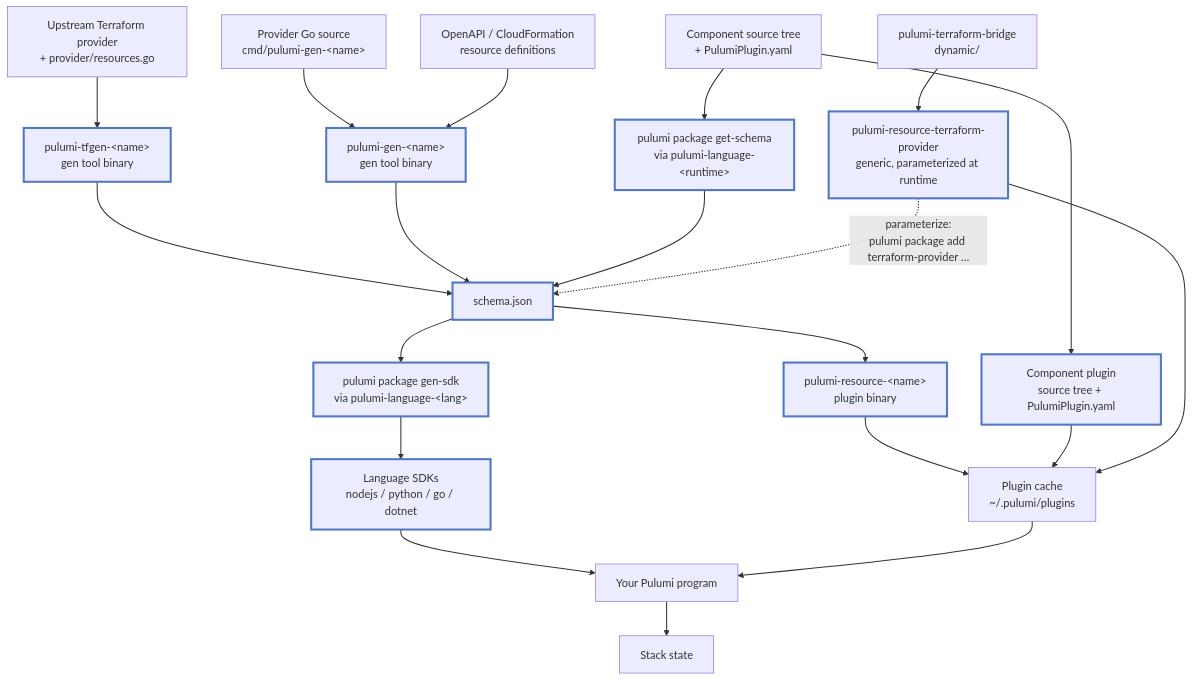
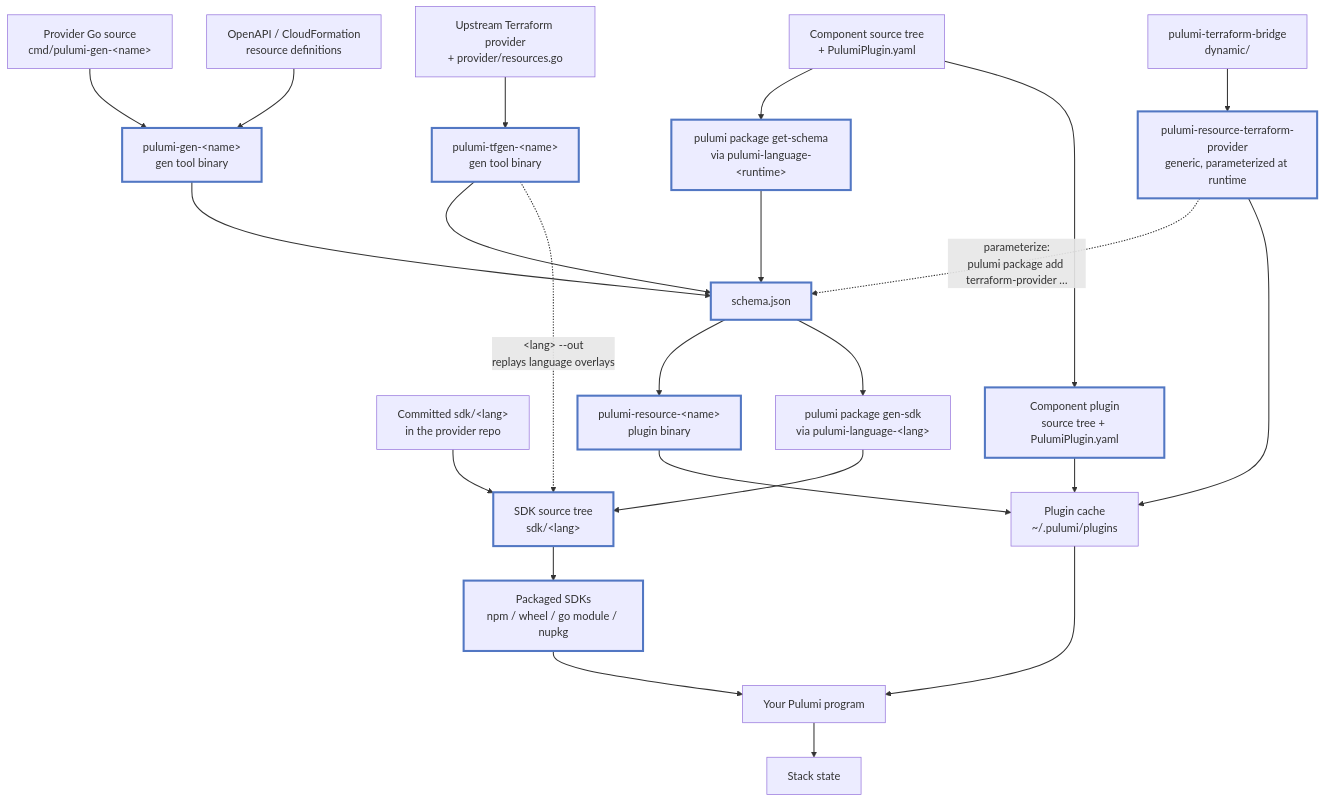
Before and after one commit to UnstoppableMango/pulumi2nix: the first of 2 diagrams in docs/architecture.md, drawn with Mermaid. The commit also changed other lines of this file and 33 other files, not shown here.

First line of the commit message:
feat: refactoring the API surface to better align with pulumi architecture (#87)

````diff
--- a/docs/architecture.md
+++ b/docs/architecture.md
@@ -8,49 +8,54 @@
 ```mermaid
 flowchart TD
   tfsrc["Upstream Terraform provider<br/>+ provider/resources.go"]
   gosrc["Provider Go source<br/>cmd/pulumi-gen-&lt;name&gt;"]
   apisrc["OpenAPI / CloudFormation<br/>resource definitions"]
   compsrc["Component source tree<br/>+ PulumiPlugin.yaml"]
   dynsrc["pulumi-terraform-bridge<br/>dynamic/"]
+  committed["Committed sdk/&lt;lang&gt;<br/>in the provider repo"]
 
   tfgen["pulumi-tfgen-&lt;name&gt;<br/>gen tool binary"]
   nativegen["pulumi-gen-&lt;name&gt;<br/>gen tool binary"]
   gethost["pulumi package get-schema<br/>via pulumi-language-&lt;runtime&gt;"]
 
   schema["schema.json"]
 
   res["pulumi-resource-&lt;name&gt;<br/>plugin binary"]
   comppkg["Component plugin<br/>source tree + PulumiPlugin.yaml"]
   dyn["pulumi-resource-terraform-provider<br/>generic, parameterized at runtime"]
 
   gensdk["pulumi package gen-sdk<br/>via pulumi-language-&lt;lang&gt;"]
-  sdk["Language SDKs<br/>nodejs / python / go / dotnet"]
+  sdksrc["SDK source tree<br/>sdk/&lt;lang&gt;"]
+  sdk["Packaged SDKs<br/>npm / wheel / go module / nupkg"]
 
   cache["Plugin cache<br/>~/.pulumi/plugins"]
   prog["Your Pulumi program"]
   stack["Stack state"]
 
   tfsrc --> tfgen --> schema
   gosrc --> nativegen --> schema
   apisrc --> nativegen
   compsrc --> gethost --> schema
   compsrc --> comppkg
 
   schema --> res
-  schema --> gensdk --> sdk
+  schema --> gensdk --> sdksrc
+  tfgen -. "&lt;lang&gt; --out<br/>replays language overlays" .-> sdksrc
+  committed --> sdksrc
+  sdksrc --> sdk
 
   dynsrc --> dyn
   dyn -. "parameterize:<br/>pulumi package add terraform-provider …" .-> schema
 
   res --> cache
   comppkg --> cache
   dyn --> cache
   sdk --> prog
   cache --> prog
   prog --> stack
 
   classDef p2n stroke:#5277C3,stroke-width:3px
-  class tfgen,nativegen,gethost,schema,res,comppkg,dyn,gensdk,sdk p2n
+  class tfgen,nativegen,gethost,schema,res,comppkg,dyn,sdksrc,sdk p2n
 
   linkStyle default stroke-width:1.5px
 ```
````
